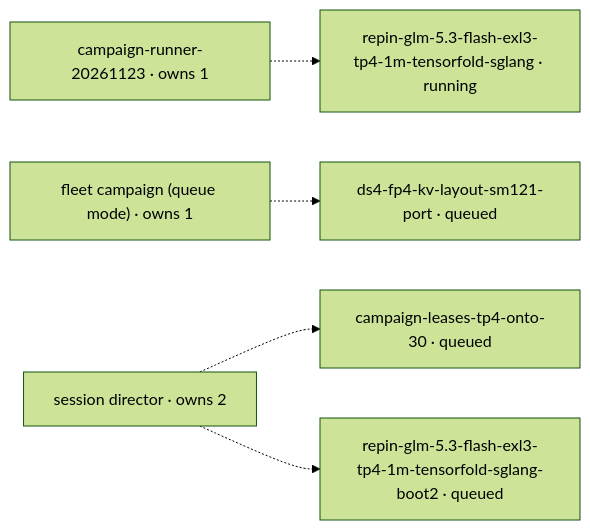
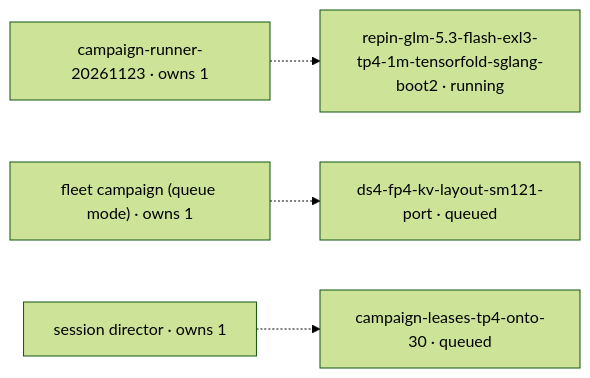
One commit to littlecedar/sparkrun-recipe-registry changed the diagram in mad-science/STATUS.md. Above: the diagram before and after it, drawn with Mermaid (forest theme). The commit also changed other lines of this file, not shown here.

````diff
--- a/mad-science/STATUS.md
+++ b/mad-science/STATUS.md
@@ -22,16 +22,14 @@
 ```mermaid
 flowchart LR
-  %% 0 blocked, 0 blocker edge(s), 4 drained by campaign-runner-20261123 (1), fleet campaign (queue mode) (1), session director (2)
+  %% 0 blocked, 0 blocker edge(s), 3 drained by campaign-runner-20261123 (1), fleet campaign (queue mode) (1), session director (1)
   r1["campaign-runner-20261123 · owns 1"]
   r2["fleet campaign (queue mode) · owns 1"]
-  r3["session director · owns 2"]
+  r3["session director · owns 1"]
   t1["campaign-leases-tp4-onto-30 · queued"]
   t2["ds4-fp4-kv-layout-sm121-port · queued"]
-  t3["repin-glm-5.3-flash-exl3-tp4-1m-tensorfold-sglang · running"]
-  t4["repin-glm-5.3-flash-exl3-tp4-1m-tensorfold-sglang-boot2 · queued"]
+  t3["repin-glm-5.3-flash-exl3-tp4-1m-tensorfold-sglang-boot2 · running"]
   r1 -.-> t3
   r2 -.-> t2
   r3 -.-> t1
-  r3 -.-> t4
   classDef no-recorded-edge stroke-dasharray: 4 3
 ```
````
